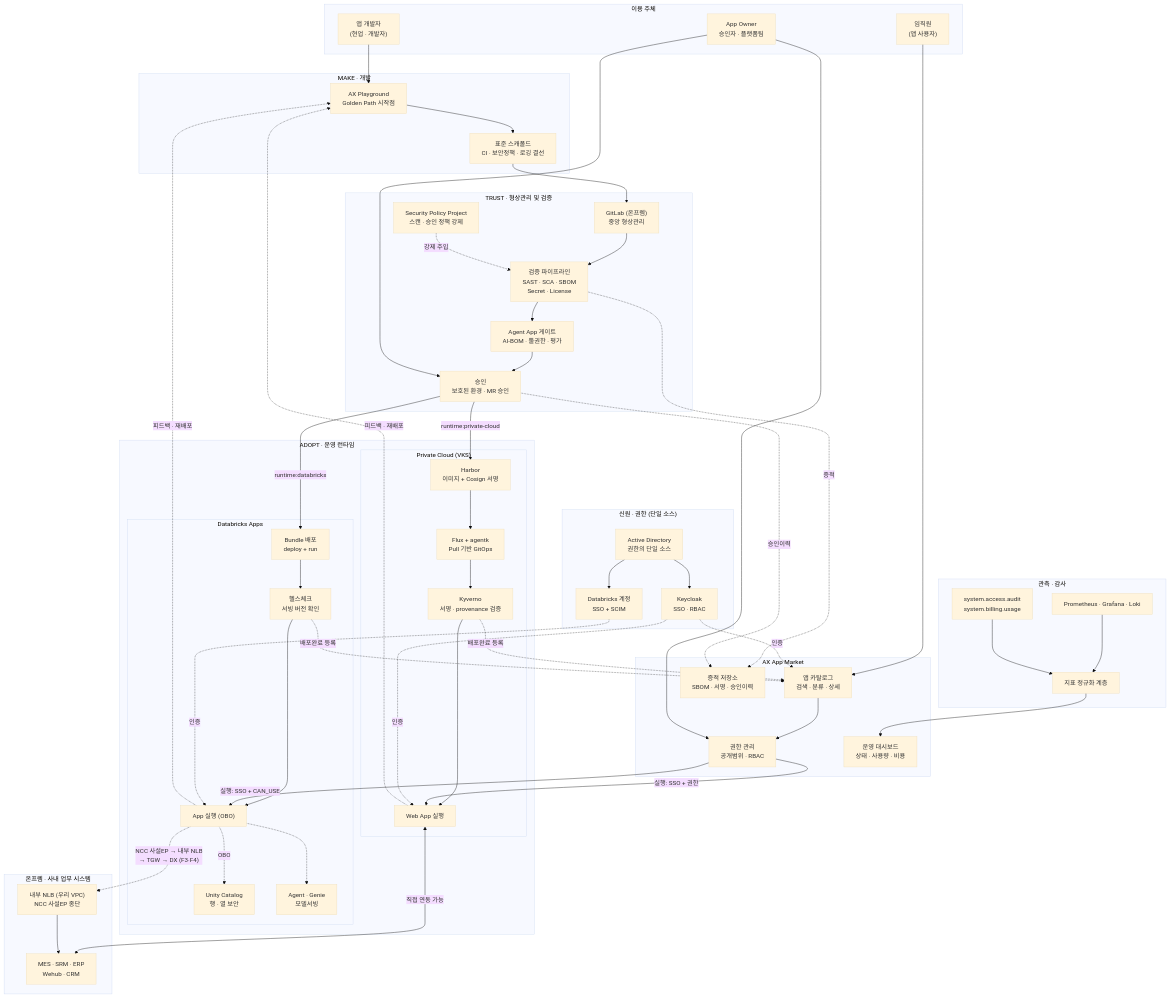
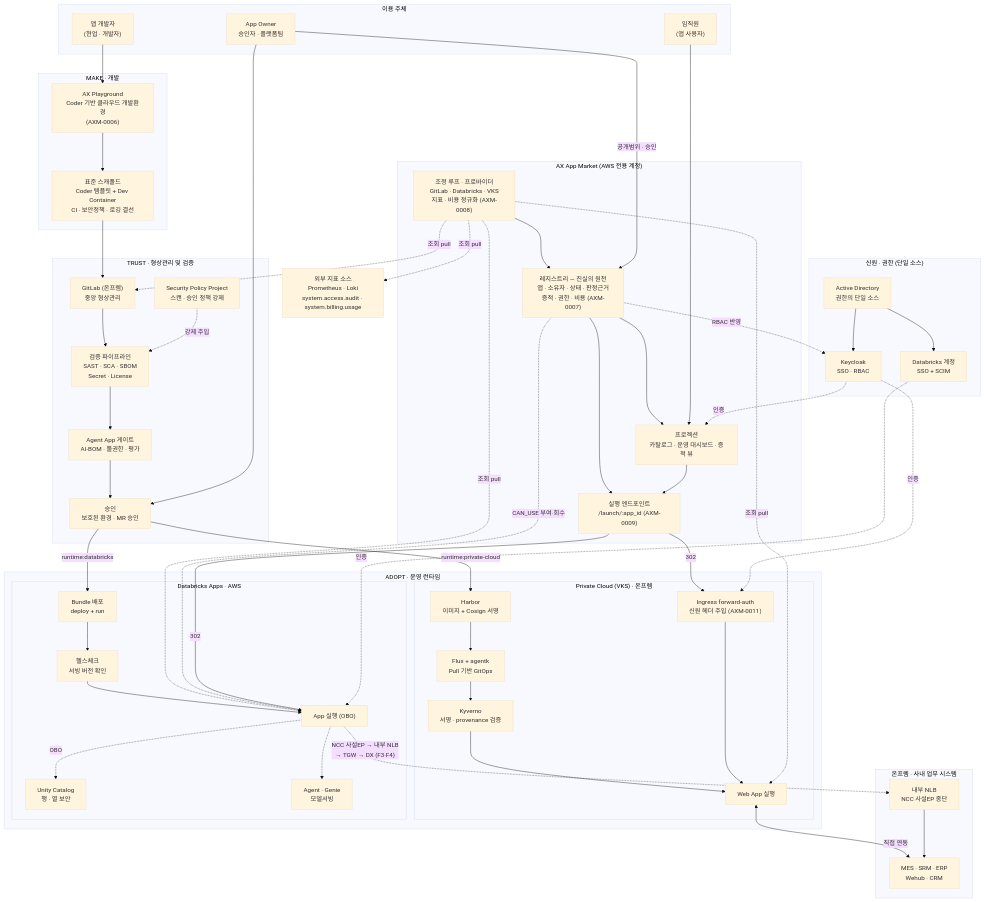
The second of 3 diagrams in docs/03-runtime-decision-and-architecture.md (arch-shlee/sk-ax-market), drawn with Mermaid (base theme) before and after one commit. The commit also changed other lines of this file and 6 other files, not shown here.

````diff
--- a/docs/03-runtime-decision-and-architecture.md
+++ b/docs/03-runtime-decision-and-architecture.md
@@ -201,8 +203,8 @@
     end
 
     subgraph MAKE["MAKE · 개발"]
-        PG["AX Playground<br/>Golden Path 시작점"]
-        SCAF["표준 스캐폴드<br/>CI · 보안정책 · 로깅 결선"]
+        PG["AX Playground<br/>Coder 기반 클라우드 개발환경<br/>(AXM-0006)"]
+        SCAF["표준 스캐폴드<br/>Coder 템플릿 + Dev Container<br/>CI · 보안정책 · 로깅 결선"]
         PG --> SCAF
     end
 
@@ -219,14 +221,16 @@
     end
 
     subgraph RUNTIME["ADOPT · 운영 런타임"]
-        subgraph RT_PC["Private Cloud (VKS)"]
+        subgraph RT_PC["Private Cloud (VKS) · 온프렘"]
             HARBOR["Harbor<br/>이미지 + Cosign 서명"]
             FLUX["Flux + agentk<br/>Pull 기반 GitOps"]
             KYV["Kyverno<br/>서명 · provenance 검증"]
+            IAP["Ingress forward-auth<br/>신원 헤더 주입 (AXM-0011)"]
             PCAPP["Web App 실행"]
             HARBOR --> FLUX --> KYV --> PCAPP
+            IAP --> PCAPP
         end
-        subgraph RT_DBX["Databricks Apps"]
+        subgraph RT_DBX["Databricks Apps · AWS"]
             BUNDLE["Bundle 배포<br/>deploy + run"]
             HEALTH["헬스체크<br/>서빙 버전 확인"]
             DBXAPP["App 실행 (OBO)"]
@@ -238,24 +242,20 @@
         end
     end
 
-    subgraph MARKET["AX App Market"]
-        CAT["앱 카탈로그<br/>검색 · 분류 · 상세"]
-        PERM["권한 관리<br/>공개범위 · RBAC"]
-        EVID["증적 저장소<br/>SBOM · 서명 · 승인이력"]
-        OPS["운영 대시보드<br/>상태 · 사용량 · 비용"]
+    subgraph MARKET["AX App Market (AWS 전용 계정)"]
+        RECON["조정 루프 · 프로바이더<br/>GitLab · Databricks · VKS<br/>지표 · 비용 정규화 (AXM-0008)"]
+        REG["레지스트리 — 진실의 원천<br/>앱 · 소유자 · 상태 · 판정근거<br/>증적 · 권한 · 비용 (AXM-0007)"]
+        VIEW["프로젝션<br/>카탈로그 · 운영 대시보드 · 증적 뷰"]
+        LAUNCH["실행 엔드포인트<br/>/launch/:app_id (AXM-0009)"]
+        RECON --> REG
+        REG --> VIEW
+        REG --> LAUNCH
     end
 
-    subgraph OBSERV["관측 · 감사"]
-        NORM["지표 정규화 계층"]
-        PROM["Prometheus · Grafana · Loki"]
-        SYST["system.access.audit<br/>system.billing.usage"]
-        PROM --> NORM
-        SYST --> NORM
-        NORM --> OPS
-    end
+    OBSSRC["외부 지표 소스<br/>Prometheus · Loki<br/>system.access.audit · system.billing.usage"]
 
     subgraph LEGACY["온프렘 · 사내 업무 시스템"]
-        NLB["내부 NLB (우리 VPC)<br/>NCC 사설EP 종단"]
+        NLB["내부 NLB<br/>NCC 사설EP 종단"]
         SYS["MES · SRM · ERP<br/>Wehub · CRM"]
     end
 
@@ -263,24 +263,27 @@
     SCAF --> GL
     APR -->|"runtime:private-cloud"| HARBOR
     APR -->|"runtime:databricks"| BUNDLE
-    CI -.증적.-> EVID
-    APR -.승인이력.-> EVID
-    HEALTH -.배포완료 등록.-> CAT
-    KYV -.배포완료 등록.-> CAT
-    PCAPP <-->|"직접 연동 가능"| SYS
+
+    RECON -.조회 pull.-> GL
+    RECON -.조회 pull.-> DBXAPP
+    RECON -.조회 pull.-> PCAPP
+    RECON -.조회 pull.-> OBSSRC
+
+    PCAPP <-->|"직접 연동"| SYS
     DBXAPP -.->|"NCC 사설EP → 내부 NLB<br/>→ TGW → DX (F3·F4)"| NLB
     NLB --> SYS
 
-    EMP --> CAT
-    CAT --> PERM
-    PERM -->|"실행: SSO + 권한"| PCAPP
-    PERM -->|"실행: SSO + CAN_USE"| DBXAPP
-    KC -.인증.-> CAT
-    KC -.인증.-> PCAPP
+    OWN -->|"공개범위 · 승인"| REG
+    OWN --> APR
+    REG -.CAN_USE 부여·회수.-> DBXAPP
+    REG -.RBAC 반영.-> KC
+
+    EMP --> VIEW
+    VIEW --> LAUNCH
+    LAUNCH -->|302| DBXAPP
+    LAUNCH -->|302| IAP
+
+    KC -.인증.-> VIEW
+    KC -.인증.-> IAP
     DBXID -.인증.-> DBXAPP
-    OWN --> APR
-    OWN --> PERM
-
-    DBXAPP -.피드백 · 재배포.-> PG
-    PCAPP -.피드백 · 재배포.-> PG
 ```
````
